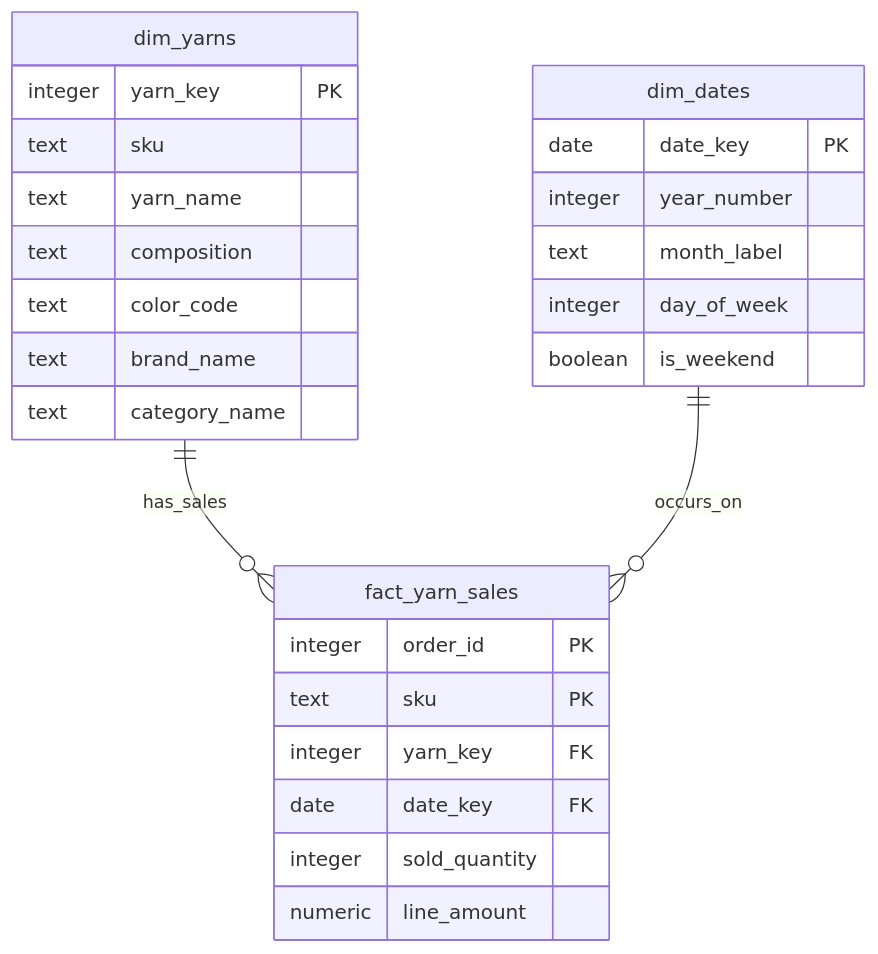
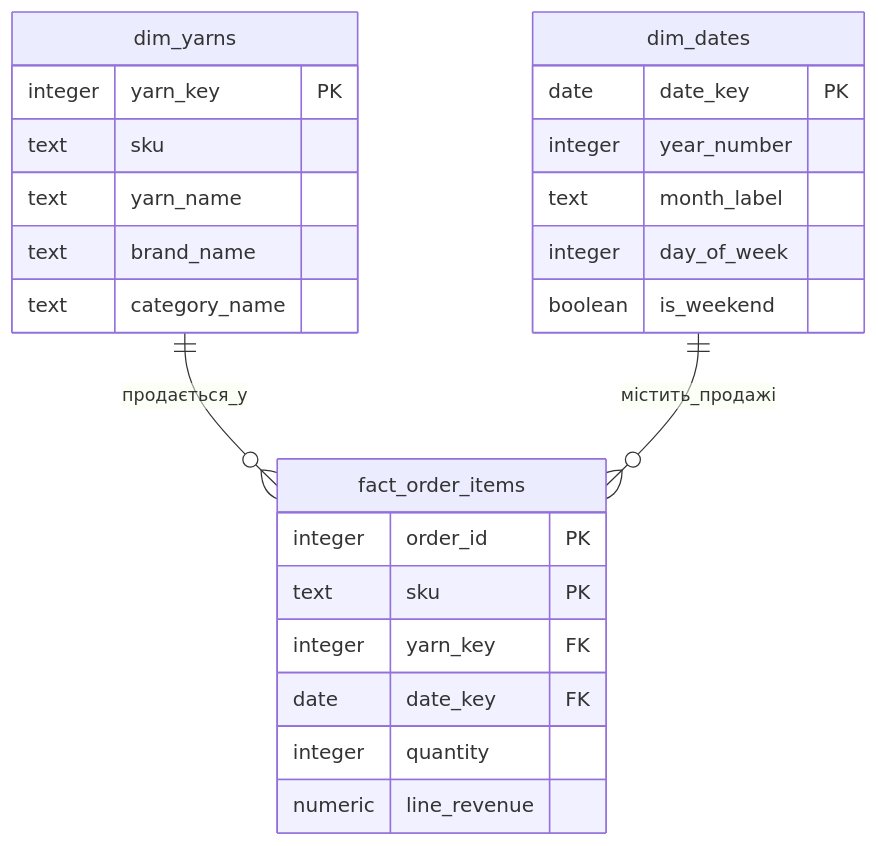
The diagram in lab-03/README.md (katerynakoles/obdz), drawn with Mermaid before and after one commit. The commit also changed other lines of this file, not shown here.

````diff
--- a/lab-03/README.md
+++ b/lab-03/README.md
@@ -193,30 +179,28 @@
 ```mermaid
 erDiagram
-    dim_yarns ||--o{ fact_yarn_sales : "has_sales"
-    dim_dates ||--o{ fact_yarn_sales : "occurs_on"
+    dim_yarns ||--o{ fact_order_items : "продається_у"
+    dim_dates ||--o{ fact_order_items : "містить_продажі"
 
     dim_yarns {
         integer yarn_key PK
         text sku
         text yarn_name
-        text composition
-        text color_code
         text brand_name
         text category_name
     }
     dim_dates {
         date date_key PK
         integer year_number
         text month_label
         integer day_of_week
         boolean is_weekend
     }
-    fact_yarn_sales {
+    fact_order_items {
         integer order_id PK
         text sku PK
         integer yarn_key FK
         date date_key FK
-        integer sold_quantity
-        numeric line_amount
+        integer quantity
+        numeric line_revenue
     }
 ```
````
